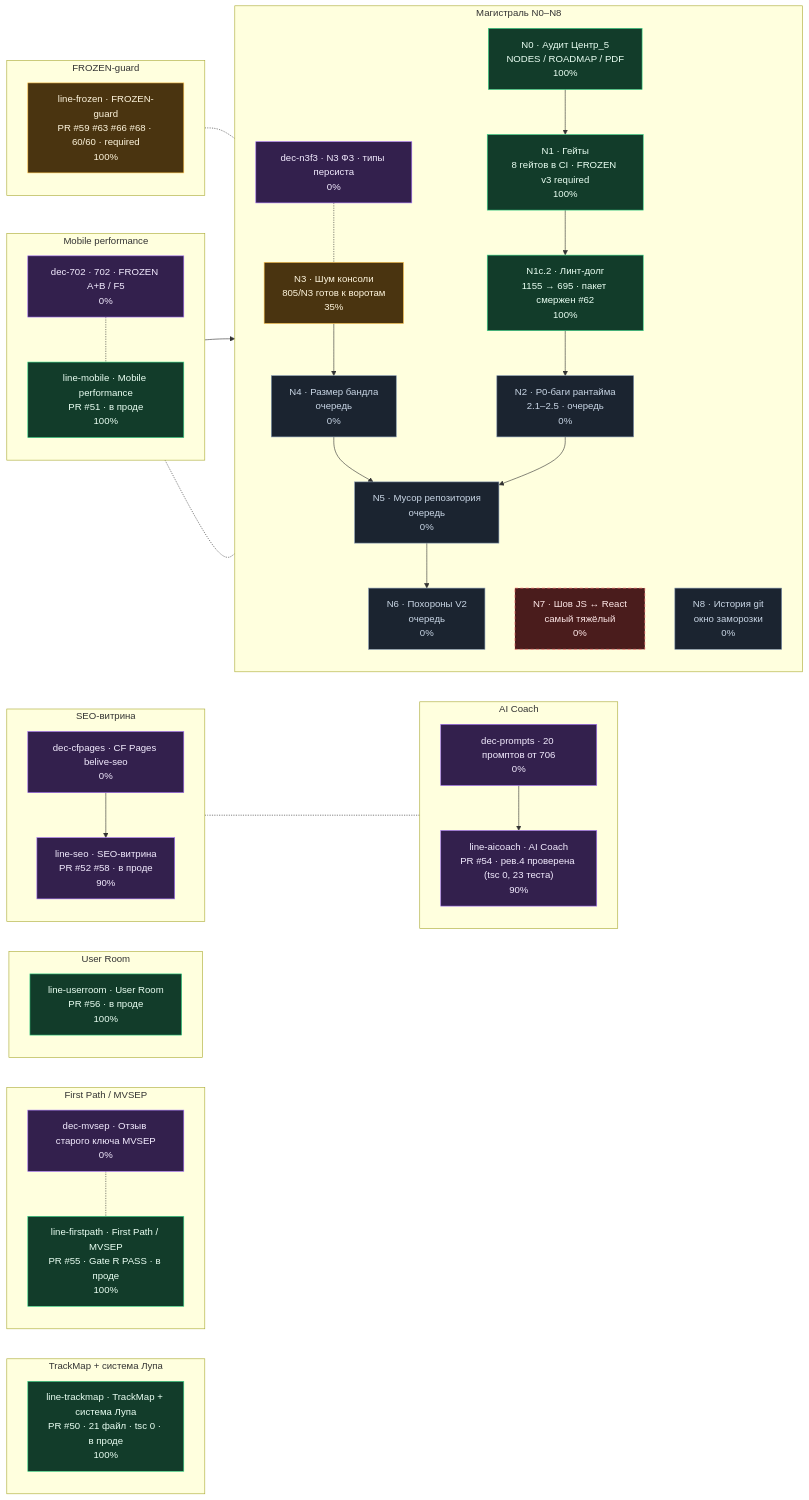
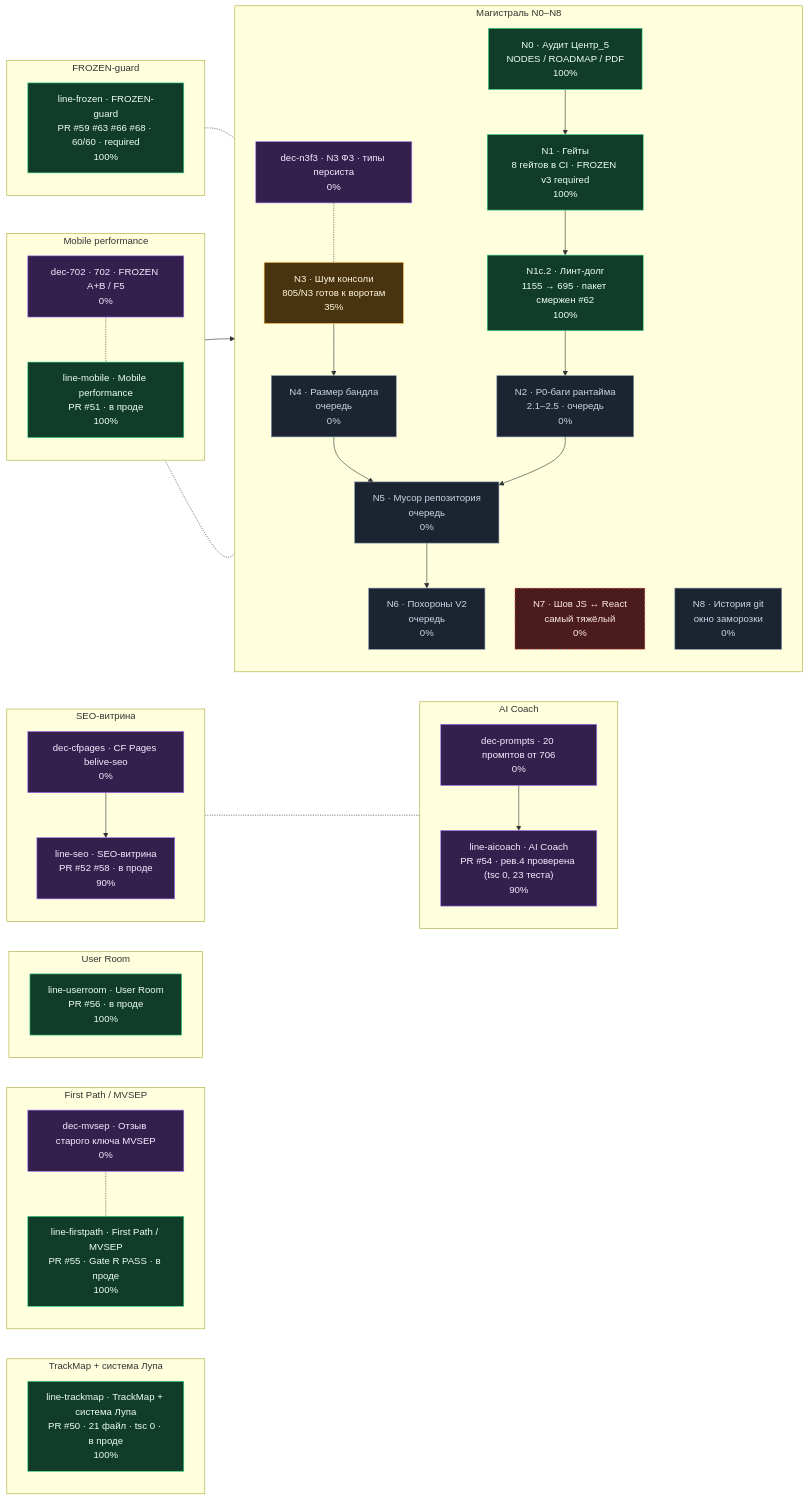
The diagram in docs/roadmap/ROADMAP.md (side-chaine/beLive), drawn with Mermaid before and after one commit. The commit also changed other lines of this file and 2 other files, not shown here.

Commit message:
test(gate): КОММИТ 2 — узел откачен, испорчена только шапка → ждём только STALE
ТЕСТ ГЕЙТА, НЕ МЕРЖИТЬ. line-frozen снова done, JSON и граф как в main.
Руками испорчен SHA в шапке: origin/main = c479336 → 0000000.

Порядок важен: откат → --write → порча шапки → --check. Если --write после
порчи, он её починит и STALE исчезнет.

Ожидание: --check печатает только «✗ STALE · ROADMAP.md», exit 1, ни одной
строки DRIFT.

Agent: 007_c
Gate: 007_c

````diff
--- a/docs/roadmap/ROADMAP.md
+++ b/docs/roadmap/ROADMAP.md
@@ -12,81 +12,81 @@
 ```mermaid
 %% Единый граф · beLive · сплошная — жёсткая зависимость, пунктир — «связано»
 flowchart LR
   subgraph Dtrunk["Магистраль N0–N8"]
     direction TB
     N0["N0 · Аудит Центр_5<br/>NODES / ROADMAP / PDF<br/>100%"]:::done
     N1["N1 · Гейты<br/>8 гейтов в CI · FROZEN v3 required<br/>100%"]:::done
     N1c_2["N1c.2 · Линт-долг<br/>1155 → 695 · пакет смержен #62<br/>100%"]:::done
     N2["N2 · P0-баги рантайма<br/>2.1–2.5 · очередь<br/>0%"]:::queued
     N3["N3 · Шум консоли<br/>805/N3 готов к воротам<br/>35%"]:::active
     N4["N4 · Размер бандла<br/>очередь<br/>0%"]:::queued
     N5["N5 · Мусор репозитория<br/>очередь<br/>0%"]:::queued
     N6["N6 · Похороны V2<br/>очередь<br/>0%"]:::queued
     N7["N7 · Шов JS ↔ React<br/>самый тяжёлый<br/>0%"]:::risk
     N8["N8 · История git<br/>окно заморозки<br/>0%"]:::queued
     dec_n3f3["dec-n3f3 · N3 Ф3 · типы персиста<br/>0%"]:::waiting
   end
 
   subgraph Dtrackmap["TrackMap + система Лупа"]
     direction TB
     line_trackmap["line-trackmap · TrackMap + система Лупа<br/>PR #50 · 21 файл · tsc 0 · в проде<br/>100%"]:::done
   end
 
   subgraph Dfirstpath["First Path / MVSEP"]
     direction TB
     dec_mvsep["dec-mvsep · Отзыв старого ключа MVSEP<br/>0%"]:::waiting
     line_firstpath["line-firstpath · First Path / MVSEP<br/>PR #55 · Gate R PASS · в проде<br/>100%"]:::done
   end
 
   subgraph Duserroom["User Room"]
     direction TB
     line_userroom["line-userroom · User Room<br/>PR #56 · в проде<br/>100%"]:::done
   end
 
   subgraph Dmobile["Mobile performance"]
     direction TB
     dec_702["dec-702 · 702 · FROZEN A+B / F5<br/>0%"]:::waiting
     line_mobile["line-mobile · Mobile performance<br/>PR #51 · в проде<br/>100%"]:::done
   end
 
   subgraph Dseo["SEO-витрина"]
     direction TB
     dec_cfpages["dec-cfpages · CF Pages belive-seo<br/>0%"]:::waiting
     line_seo["line-seo · SEO-витрина<br/>PR #52 #58 · в проде<br/>90%"]:::waiting
   end
 
   subgraph Daicoach["AI Coach"]
     direction TB
     dec_prompts["dec-prompts · 20 промптов от 706<br/>0%"]:::waiting
     line_aicoach["line-aicoach · AI Coach<br/>PR #54 · рев.4 проверена (tsc 0, 23 теста)<br/>90%"]:::waiting
   end
 
   subgraph Dfrozen["FROZEN-guard"]
     direction TB
-    line_frozen["line-frozen · FROZEN-guard<br/>PR #59 #63 #66 #68 · 60/60 · required<br/>100%"]:::active
+    line_frozen["line-frozen · FROZEN-guard<br/>PR #59 #63 #66 #68 · 60/60 · required<br/>100%"]:::done
   end
 
   N0 --> N1
   N1 --> N1c_2
   N1c_2 --> N2
   N3 --> N4
   N4 --> N5
   N2 --> N5
   N5 --> N6
   dec_702 --> N2
   dec_prompts --> line_aicoach
   dec_cfpages --> line_seo
   dec_n3f3 -.- N3
   dec_mvsep -.- line_firstpath
   dec_702 -.- line_mobile
   line_seo -.- line_aicoach
   line_mobile -.- N2
   line_frozen -.- N1
 
   classDef done fill:#123c2a,stroke:#39d98a,color:#eafff3;
   classDef active fill:#4a3410,stroke:#ffc44d,color:#fff6de;
   classDef blocked fill:#4a1c1c,stroke:#ff6b6b,color:#ffe9e9;
   classDef waiting fill:#33204d,stroke:#a371f7,color:#f3ecff;
   classDef queued fill:#1b2430,stroke:#7f93ad,color:#c9d6e5;
   classDef risk fill:#4a1c1c,stroke:#ff6b6b,color:#ffe9e9,stroke-dasharray:5 4;
 ```
````
